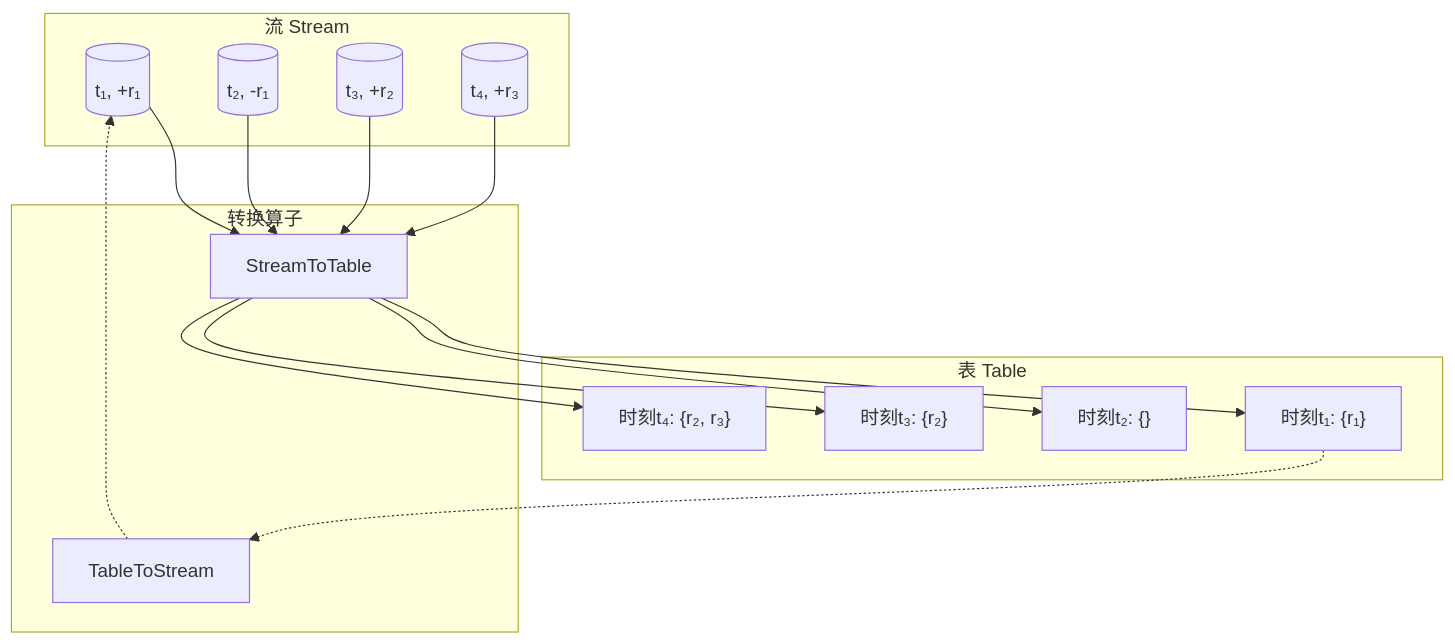
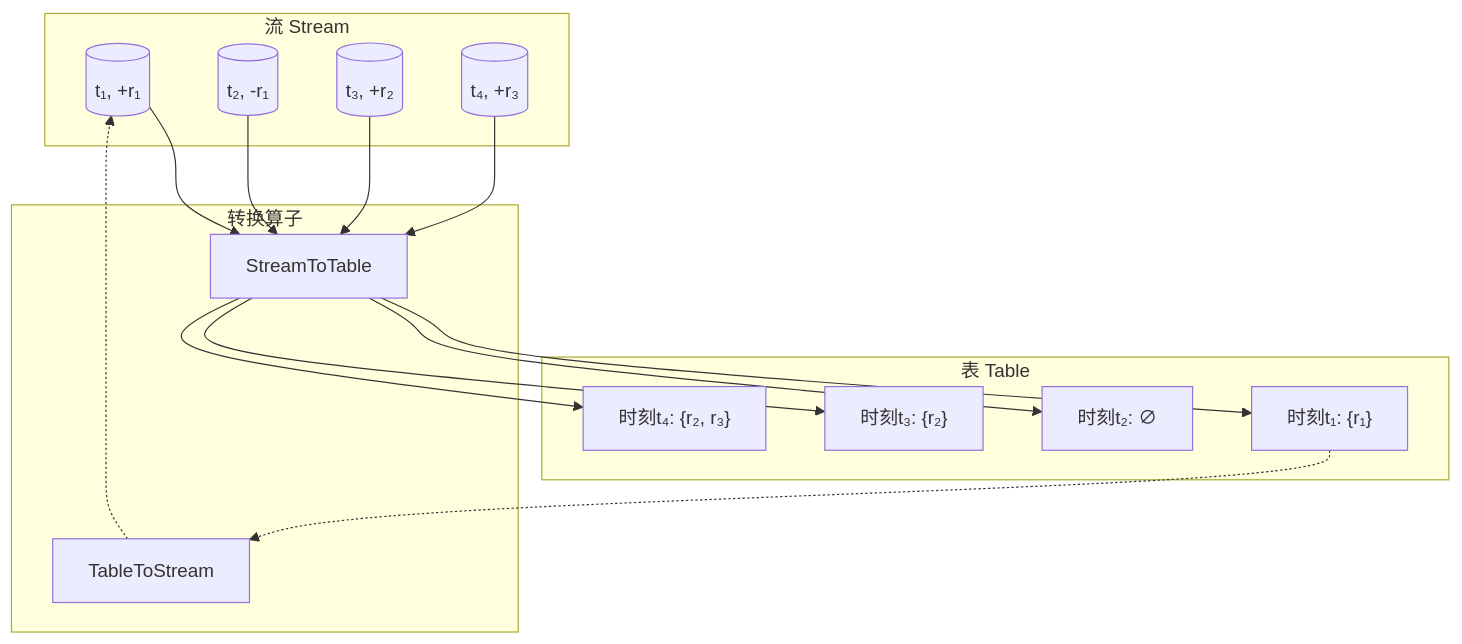
One commit to AdaMartin18010/AnalysisDataFlow changed the second of 4 diagrams in Struct/08-standards/streaming-sql-standard.md. Above: the diagram before and after it, drawn with Mermaid. The commit also changed other lines of this file and 679 other files, not shown here.

````diff
--- a/Struct/08-standards/streaming-sql-standard.md
+++ b/Struct/08-standards/streaming-sql-standard.md
@@ -446,33 +446,33 @@
 ```mermaid
 graph TB
     subgraph Stream["流 Stream"]
         S1[(t₁, +r₁)]
         S2[(t₂, -r₁)]
         S3[(t₃, +r₂)]
         S4[(t₄, +r₃)]
     end
 
     subgraph Table["表 Table"]
         T1["时刻t₁: {r₁}"]
-        T2["时刻t₂: {}"]
+        T2["时刻t₂: ∅"]
         T3["时刻t₃: {r₂}"]
         T4["时刻t₄: {r₂, r₃}"]
     end
 
     subgraph Operators["转换算子"]
         T2S["TableToStream"]
         S2T["StreamToTable"]
     end
 
     S1 --> S2T
     S2 --> S2T
     S3 --> S2T
     S4 --> S2T
     S2T --> T1
     S2T --> T2
     S2T --> T3
     S2T --> T4
 
     T1 -.-> T2S
     T2S -.-> S1
 ```
````
